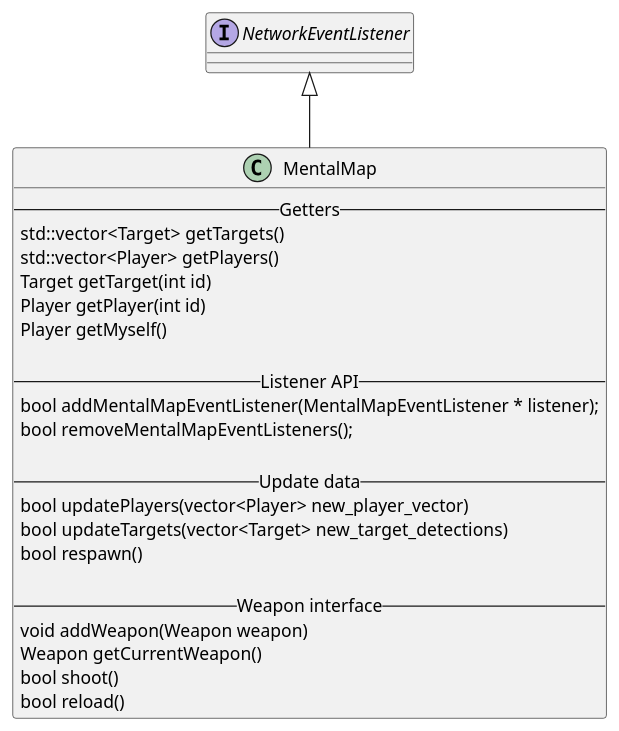
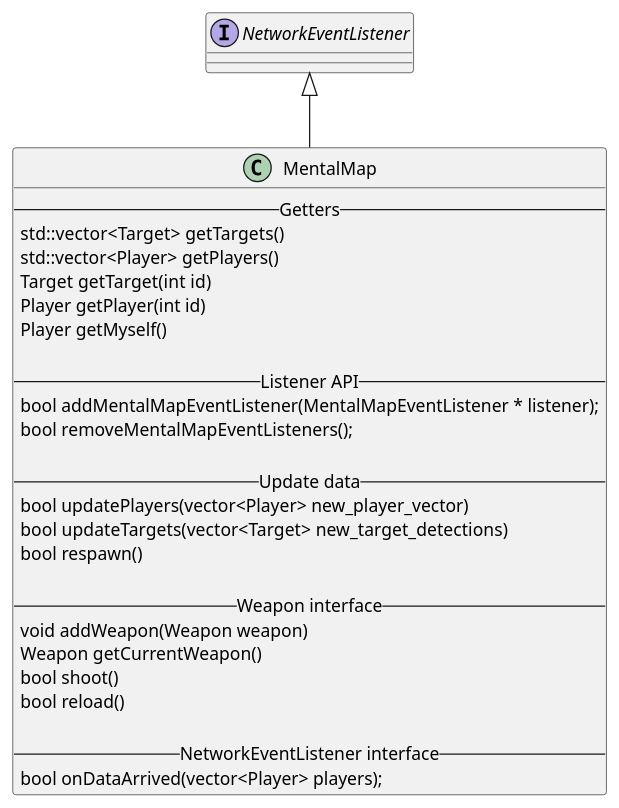
The diagram in en/data-management/mental-map.md (asrob-uc3m/robotDevastation-developer-manual), drawn with PlantUML before and after one commit.

Commit message:
Updates en/data-management/mental-map.md
Auto commit by GitBook Editor

```diff
--- a/en/data-management/mental-map.md
+++ b/en/data-management/mental-map.md
@@ -3,28 +3,31 @@
 {% plantuml %}
 class MentalMap {
 -- Getters --
 std::vector<Target> getTargets()
 std::vector<Player> getPlayers()
 Target getTarget(int id)
 Player getPlayer(int id)
 Player getMyself()
 
 -- Listener API --
 bool addMentalMapEventListener(MentalMapEventListener * listener);
 bool removeMentalMapEventListeners();
 
 -- Update data --
 bool updatePlayers(vector<Player> new_player_vector)
 bool updateTargets(vector<Target> new_target_detections)
 bool respawn()
 
 -- Weapon interface --
 void addWeapon(Weapon weapon)
 Weapon getCurrentWeapon()
 bool shoot()
 bool reload()
+
+-- NetworkEventListener interface --
+bool onDataArrived(vector<Player> players);
 }
 interface NetworkEventListener
 NetworkEventListener <|-- MentalMap
 }
 {% endplantuml %}
```
